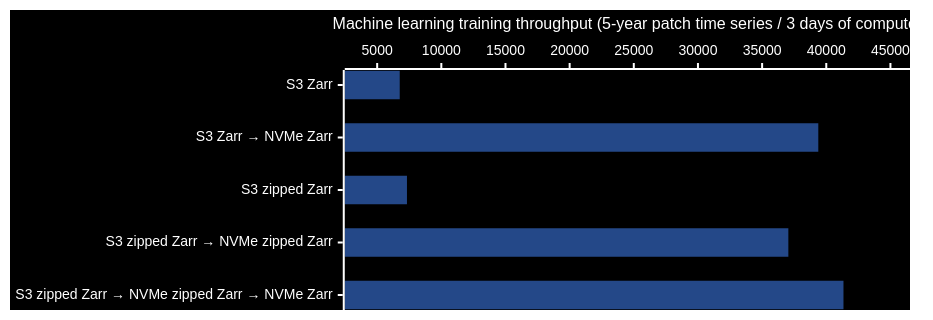
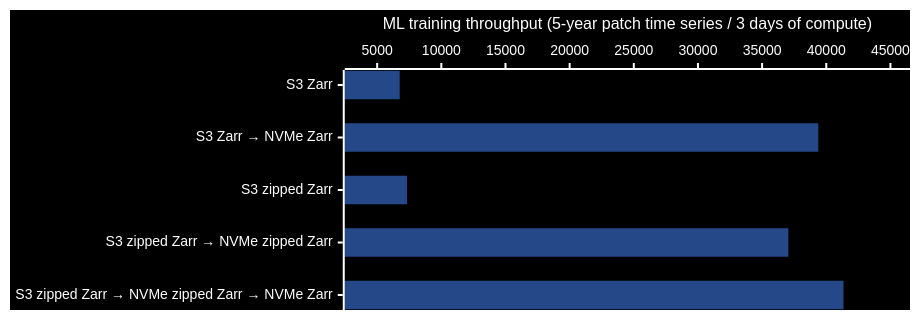
Before and after one commit to hamk-uas/datacube-storage-lab: the eighth of 8 diagrams in README.md, drawn with Mermaid. The commit also changed other lines of this file and 2 other files, not shown here.

````diff
--- a/README.md
+++ b/README.md
@@ -736,26 +697,26 @@
 ```mermaid
 ---
 config:
     xyChart:
         width: 900
         height: 300
     themeVariables:
         xyChart:
             backgroundColor: "#000"
             titleColor: "#fff"
             xAxisLabelColor: "#fff"
             xAxisTitleColor: "#fff"
             xAxisTickColor: "#fff"
             xAxisLineColor: "#fff"
             yAxisLabelColor: "#fff"
             yAxisTitleColor: "#fff"
             yAxisTickColor: "#fff"
             yAxisLineColor: "#fff"
             plotColorPalette: "#48f8, #000"
 ---
 xychart-beta horizontal
     x-axis ["S3 Zarr", "S3 Zarr → NVMe Zarr", "S3 zipped Zarr", "S3 zipped Zarr → NVMe zipped Zarr", "S3 zipped Zarr → NVMe zipped Zarr → NVMe Zarr"]
-    y-axis "Machine learning training throughput (5-year patch time series / 3 days of compute)" 4000 --> 45000
+    y-axis "ML training throughput (5-year patch time series / 3 days of compute)" 4000 --> 45000
     bar [6758.1579208241, 39378.9060052304, 7322.6316946076, 37045.2145583096, 41340.3074537667]
     bar [0, 0, 0, 0, 0, 0]
 ```
````
